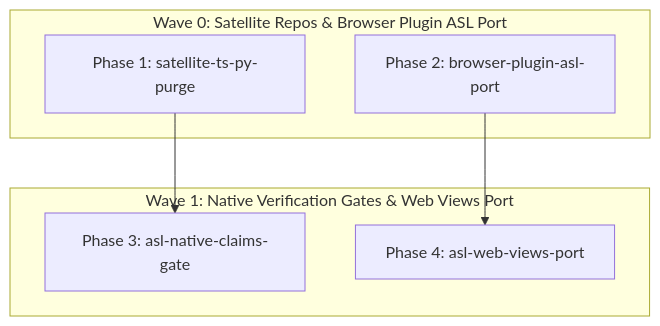
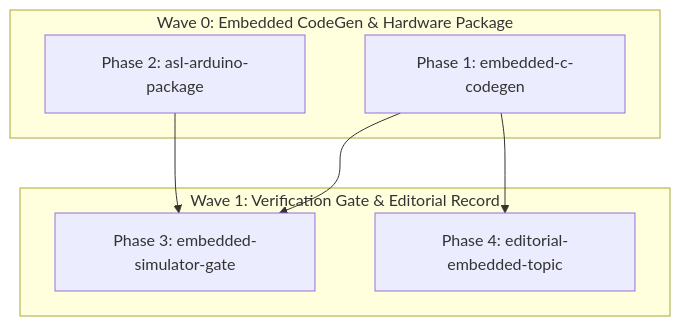
Before and after one commit to GenSEAM/asl: the diagram in .plans/PHASES.md, drawn with Mermaid. The commit also changed other lines of this file and 1 other file, not shown here.

Commit message:
docs(phases): complete embedded-hardware-frontier iteration phases

````diff
--- a/.plans/PHASES.md
+++ b/.plans/PHASES.md
@@ -8,13 +8,14 @@
 ```mermaid
 graph TD
-    subgraph Wave 0 [Wave 0: Satellite Repos & Browser Plugin ASL Port]
-        P1[Phase 1: satellite-ts-py-purge]
-        P2[Phase 2: browser-plugin-asl-port]
+    subgraph Wave 0 [Wave 0: Embedded CodeGen & Hardware Package]
+        P1[Phase 1: embedded-c-codegen]
+        P2[Phase 2: asl-arduino-package]
     end
-    subgraph Wave 1 [Wave 1: Native Verification Gates & Web Views Port]
-        P3[Phase 3: asl-native-claims-gate]
-        P4[Phase 4: asl-web-views-port]
+    subgraph Wave 1 [Wave 1: Verification Gate & Editorial Record]
+        P3[Phase 3: embedded-simulator-gate]
+        P4[Phase 4: editorial-embedded-topic]
     end
     P1 --> P3
-    P2 --> P4
+    P2 --> P3
+    P1 --> P4
 ```
````
